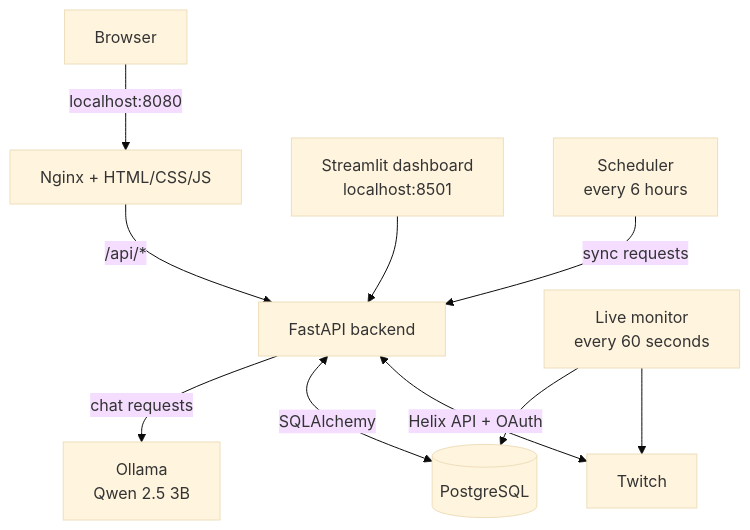
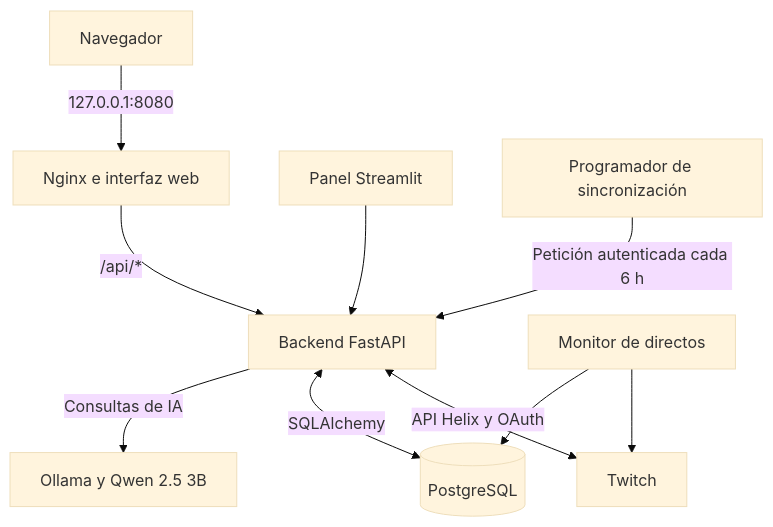
The diagram in README.md (joysantalola/JoyStream-AI), drawn with Mermaid (base theme) before and after one commit. The commit also changed other lines of this file and 33 other files, not shown here.

````diff
--- a/README.md
+++ b/README.md
@@ -76,12 +85,12 @@
 ```mermaid
 flowchart TD
-    U[Browser] -->|localhost:8080| N[Nginx + HTML/CSS/JS]
-    N -->|/api/*| B[FastAPI backend]
-    S[Streamlit dashboard\nlocalhost:8501] --> B
-    SC[Scheduler\nevery 6 hours] -->|sync requests| B
-    B <-->|Helix API + OAuth| T[Twitch]
+    U[Navegador] -->|127.0.0.1:8080| N[Nginx e interfaz web]
+    N -->|/api/*| B[Backend FastAPI]
+    S[Panel Streamlit] --> B
+    SC[Programador de sincronización] -->|Petición autenticada cada 6 h| B
+    B <-->|API Helix y OAuth| T[Twitch]
     B <-->|SQLAlchemy| P[(PostgreSQL)]
-    B -->|chat requests| O[Ollama\nQwen 2.5 3B]
-    M[Live monitor\nevery 60 seconds] --> T
+    B -->|Consultas de IA| O[Ollama y Qwen 2.5 3B]
+    M[Monitor de directos] --> T
     M --> P
 ```
````
